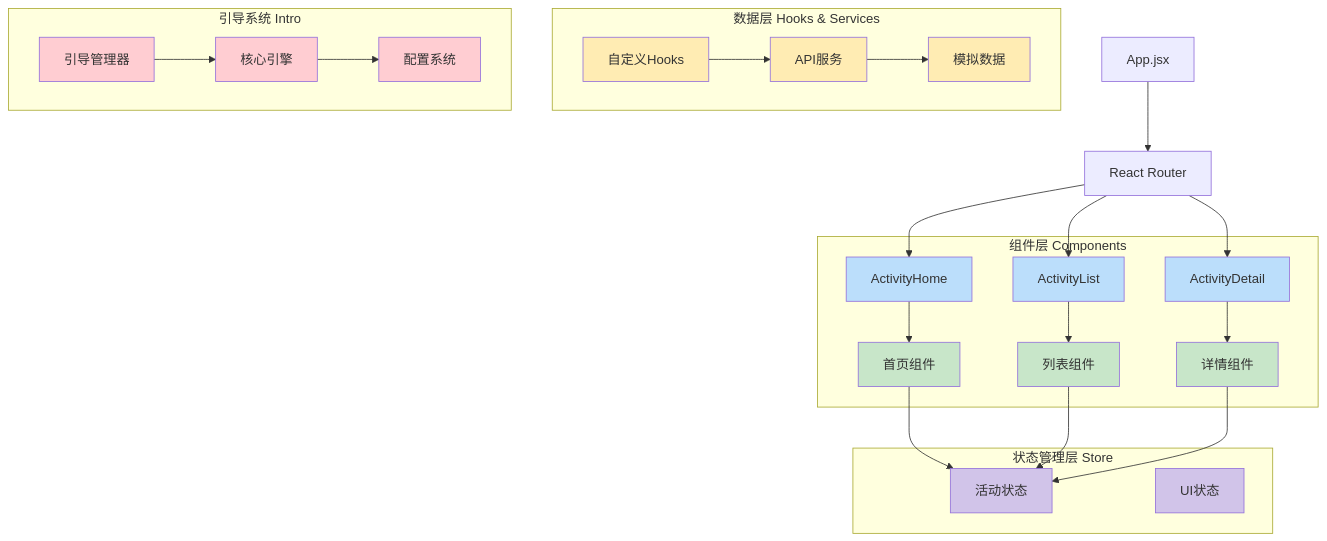
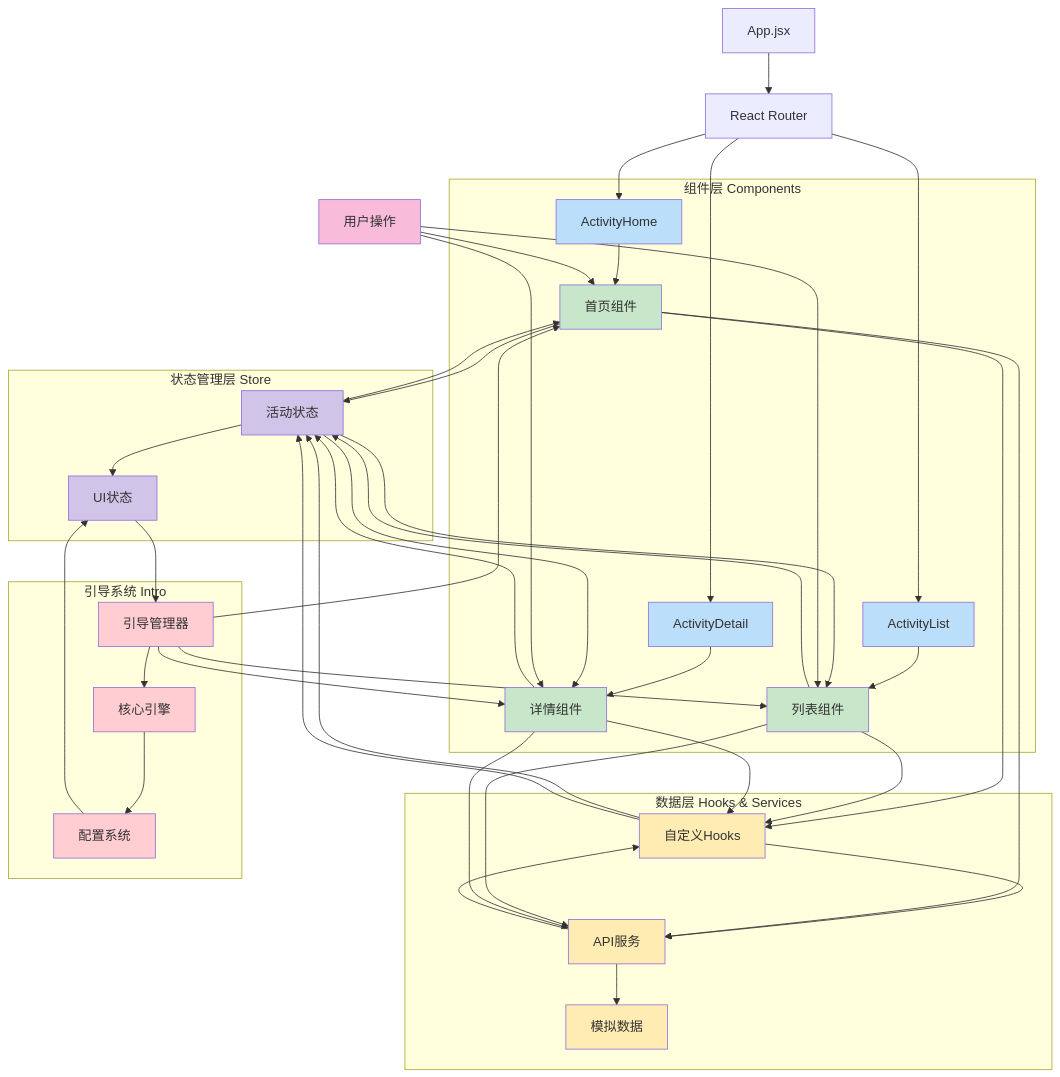
The first of 4 diagrams in README.md (Mingjun-Lyu/ByteDance-Engineering-Camp), drawn with Mermaid before and after one commit. The commit also changed other lines of this file and 1 other file, not shown here.

````diff
--- a/README.md
+++ b/README.md
@@ -64,25 +64,58 @@
         GuideConfig[配置系统]
     end
     
+    %% 数据流交互关系
     HomeComps --> ActivityStore
     ListComps --> ActivityStore
     DetailComps --> ActivityStore
     
+    HomeComps --> Hooks
+    ListComps --> Hooks
+    DetailComps --> Hooks
+    
     Hooks --> API
     API --> Mock
     
+    Hooks --> ActivityStore
+    ActivityStore --> HomeComps
+    ActivityStore --> ListComps
+    ActivityStore --> DetailComps
+    
+    %% 引导系统与组件交互
+    GuideManager --> HomeComps
+    GuideManager --> ListComps
+    GuideManager --> DetailComps
+    
     GuideManager --> GuideCore
     GuideCore --> GuideConfig
+    
+    GuideConfig --> UIStore
+    UIStore --> GuideManager
+    
+    %% 用户操作数据流
+    User[用户操作] --> HomeComps
+    User --> ListComps
+    User --> DetailComps
+    
+    HomeComps --> API
+    ListComps --> API
+    DetailComps --> API
+    
+    API --> Hooks
+    Hooks --> ActivityStore
+    ActivityStore --> UIStore
     
     classDef page fill:#bbdefb
     classDef component fill:#c8e6c9
     classDef store fill:#d1c4e9
     classDef data fill:#ffecb3
     classDef guide fill:#ffcdd2
+    classDef user fill:#f8bbd9
     
     class Home,List,Detail page
     class HomeComps,ListComps,DetailComps component
     class ActivityStore,UIStore store
     class Hooks,API,Mock data
     class GuideManager,GuideCore,GuideConfig guide
+    class User user
 ```
````
